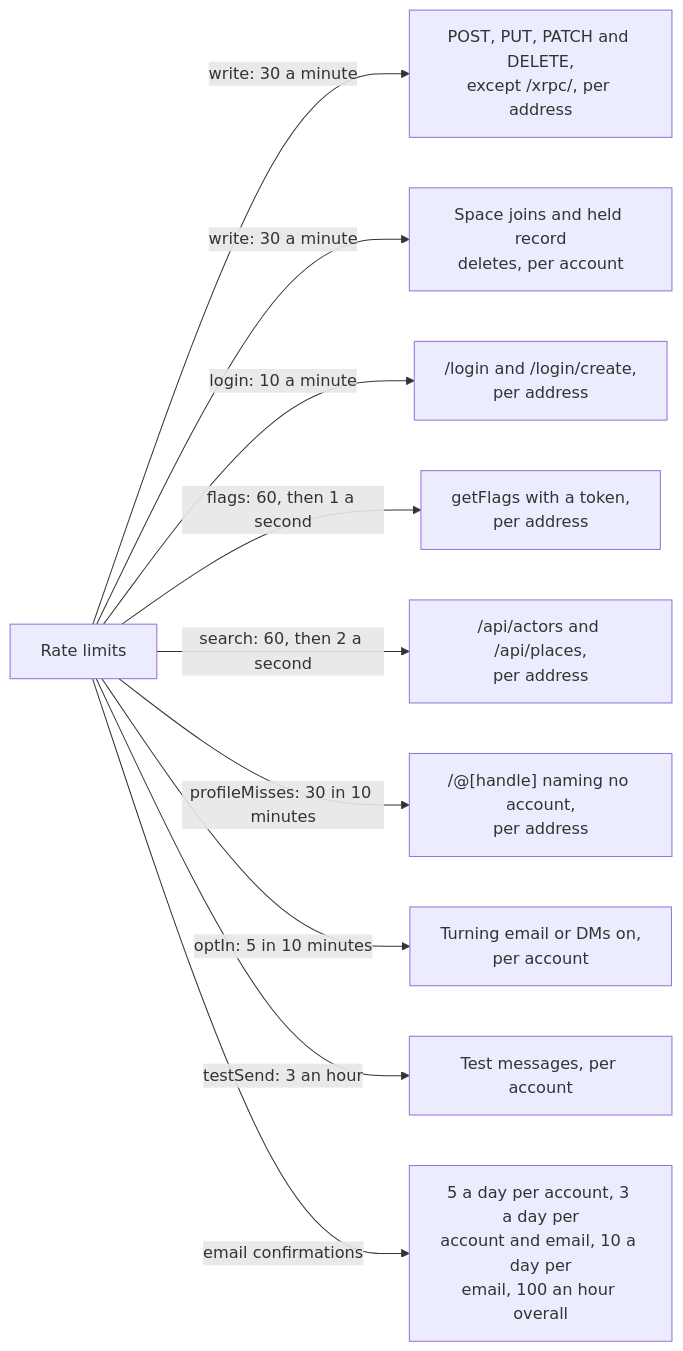
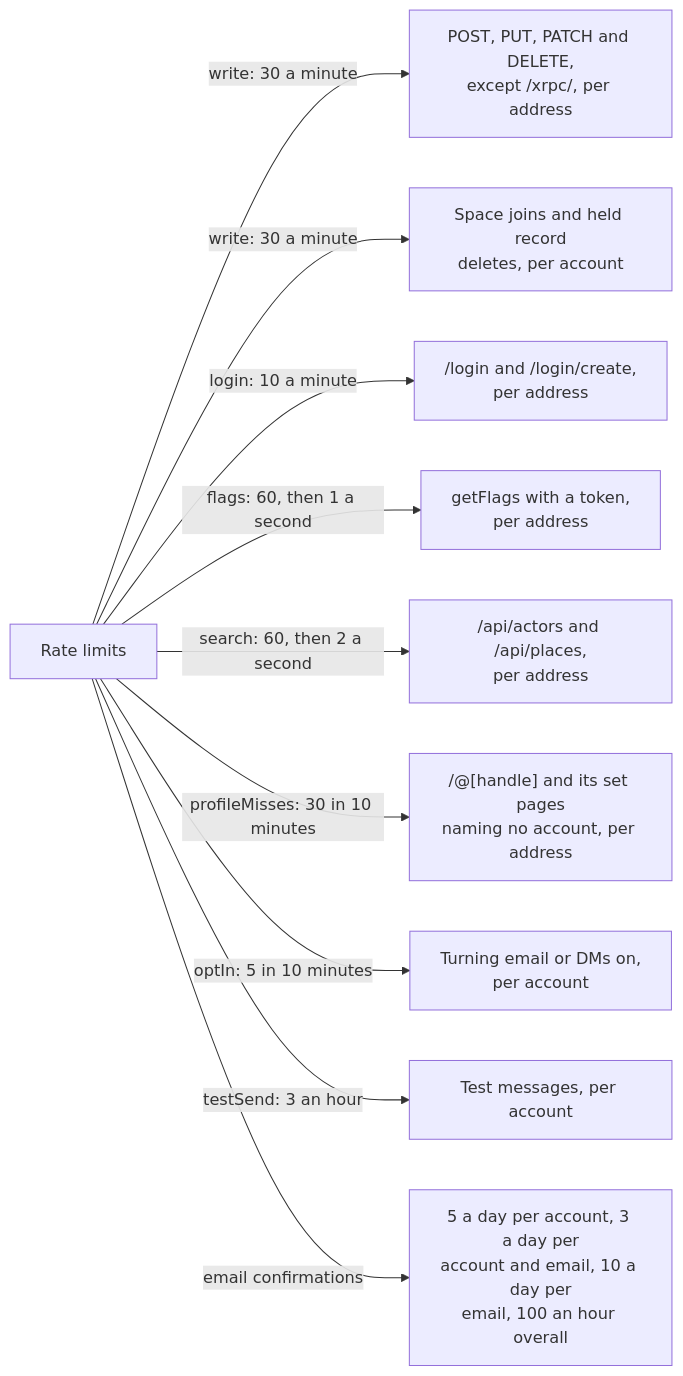
Before and after one commit to cutenode/localnetwork: the fifth of 11 diagrams in apps/web/docs/diagrams/requests-and-routes.md, drawn with Mermaid. The commit also changed 7 other files, not shown here.

First line of the commit message:
docs(web): bring the diagrams in line with main after the extraction PRs

````diff
--- a/apps/web/docs/diagrams/requests-and-routes.md
+++ b/apps/web/docs/diagrams/requests-and-routes.md
@@ -112,13 +112,13 @@
 ```mermaid
 flowchart LR
   Limits["Rate limits"]
   Limits -- "write: 30 a minute" --> W1["POST, PUT, PATCH and DELETE,<br/>except /xrpc/, per address"]
   Limits -- "write: 30 a minute" --> W2["Space joins and held record<br/>deletes, per account"]
   Limits -- "login: 10 a minute" --> L1["/login and /login/create,<br/>per address"]
   Limits -- "flags: 60, then 1 a second" --> F1["getFlags with a token,<br/>per address"]
   Limits -- "search: 60, then 2 a second" --> S1["/api/actors and /api/places,<br/>per address"]
-  Limits -- "profileMisses: 30 in 10 minutes" --> M1["/@[handle] naming no account,<br/>per address"]
+  Limits -- "profileMisses: 30 in 10 minutes" --> M1["/@[handle] and its set pages<br/>naming no account, per address"]
   Limits -- "optIn: 5 in 10 minutes" --> O1["Turning email or DMs on,<br/>per account"]
   Limits -- "testSend: 3 an hour" --> T1["Test messages, per account"]
   Limits -- "email confirmations" --> C1["5 a day per account, 3 a day per<br/>account and email, 10 a day per<br/>email, 100 an hour overall"]
 ```
````
